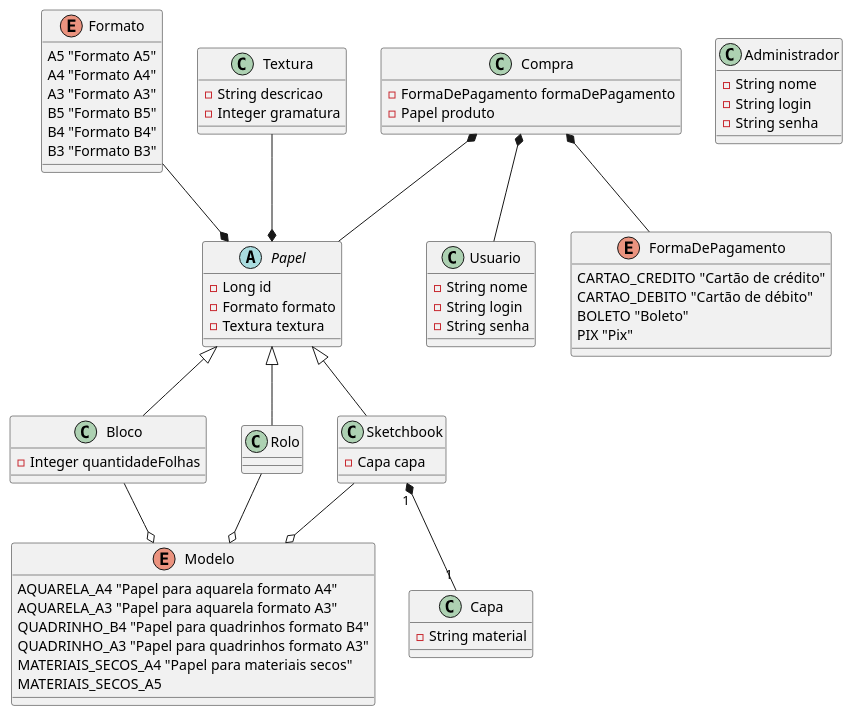
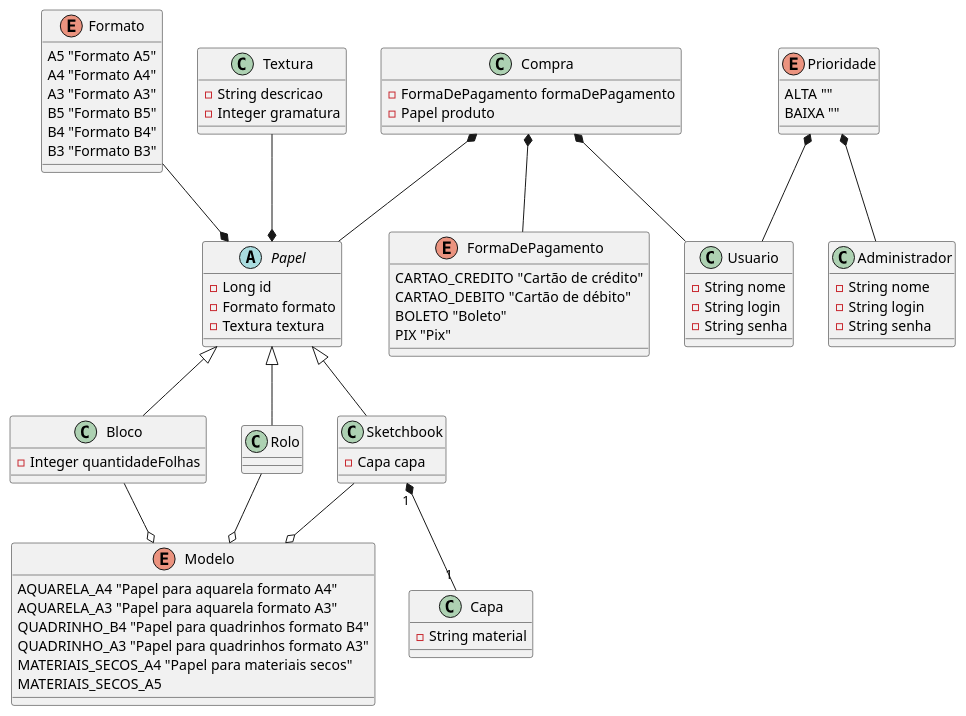
Before and after one commit to CauaCoelho/papeis-artisticos-tp1: the diagram in src/Diagram.puml, drawn with PlantUML. The commit also changed 9 other files, not shown here.

```diff
--- a/src/Diagram.puml
+++ b/src/Diagram.puml
@@ -1,93 +1,100 @@
 @startuml Diagram
 
 abstract class Papel {
 -Long id 
 -Formato formato 
 -Textura textura 
 }
 
  
   class Sketchbook{
  -Capa capa
   }
  
  class Bloco {
  -Integer quantidadeFolhas
  }
 
   
  enum Formato{ 
 A5 "Formato A5"
 A4 "Formato A4"
 A3 "Formato A3"
 B5 "Formato B5"
 B4 "Formato B4"
 B3 "Formato B3"
 
 }
  
  class Rolo {}
 
  enum Modelo{
  AQUARELA_A4 "Papel para aquarela formato A4" 
  AQUARELA_A3 "Papel para aquarela formato A3"
  QUADRINHO_B4 "Papel para quadrinhos formato B4"
  QUADRINHO_A3 "Papel para quadrinhos formato A3"
  MATERIAIS_SECOS_A4 "Papel para materiais secos" 
  MATERIAIS_SECOS_A5
  }
  
 class Capa {
 -String material
 }
 
 class Textura {
 -String descricao
 -Integer gramatura
 }
 
 Rolo --o Modelo 
 Bloco --o Modelo 
 Sketchbook --o Modelo 
 
 
 Textura --* Papel
 Formato --* Papel
 
 Sketchbook "1"*--"1" Capa
 
 
 Papel <|-- Bloco
 Papel <|-- Rolo
 Papel <|-- Sketchbook
  
 class Usuario {
 -String nome
 -String login
 -String senha
 }
 
 enum FormaDePagamento{
 CARTAO_CREDITO "Cartão de crédito"
 CARTAO_DEBITO "Cartão de débito"
 BOLETO "Boleto"
 PIX "Pix"
 }
 
 class Compra {
 -FormaDePagamento formaDePagamento
 -Papel produto
 }
 
 class Administrador {
 -String nome
 -String login
 -String senha
 }
 
+enum Prioridade{
+ALTA ""
+BAIXA ""
+}
+
 Compra *-- Usuario
 Compra *-- Papel
 Compra *-- FormaDePagamento
 
+Prioridade *-- Administrador
+Prioridade *-- Usuario
 
 @enduml
```
